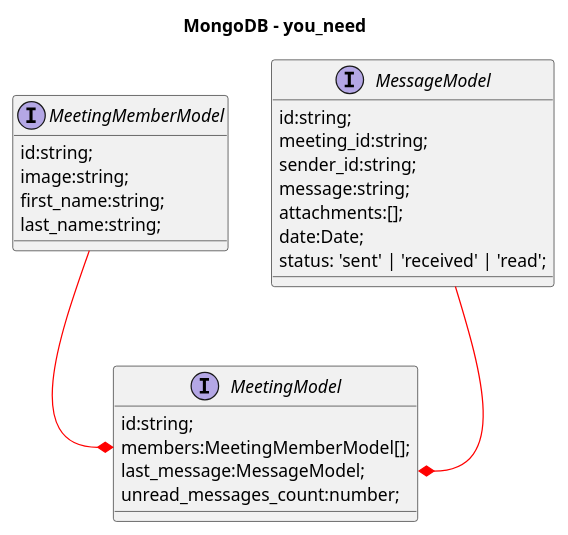
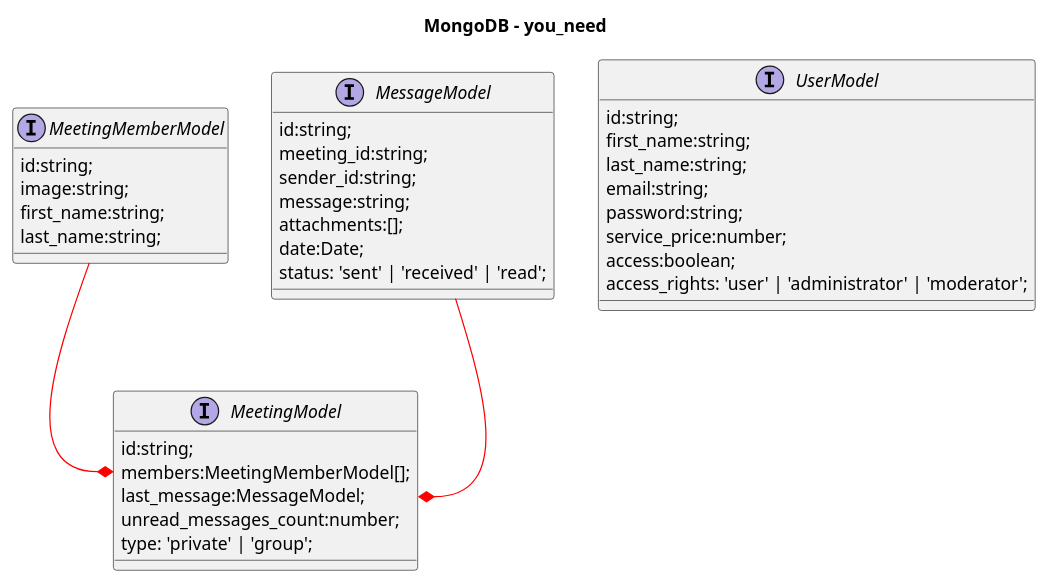
The diagram in src/app/architecture/database.puml (historydev/youneed), drawn with PlantUML before and after one commit. The commit also changed 62 other files, not shown here.

```diff
--- a/src/app/architecture/database.puml
+++ b/src/app/architecture/database.puml
@@ -1,32 +1,44 @@
 @startuml
 
 title MongoDB - you_need
 
 interface MeetingMemberModel {
 	id:string;
 	image:string;
 	first_name:string;
 	last_name:string;
 }
 
 interface MeetingModel {
 	id:string;
 	members:MeetingMemberModel[];
 	last_message:MessageModel;
 	unread_messages_count:number;
+	type: 'private' | 'group';
 }
 
 interface MessageModel {
 	id:string;
 	meeting_id:string;
 	sender_id:string;
 	message:string;
 	attachments:[];
 	date:Date;
 	status: 'sent' | 'received' | 'read';
 }
 
+interface UserModel {
+	id:string;
+	first_name:string;
+	last_name:string;
+	email:string;
+	password:string;
+	service_price:number;
+	access:boolean;
+	access_rights: 'user' | 'administrator' | 'moderator';
+}
+
 MeetingMemberModel -[#red]-* MeetingModel::members
 MessageModel -[#red]-* MeetingModel::last_message
 
 @enduml
```
